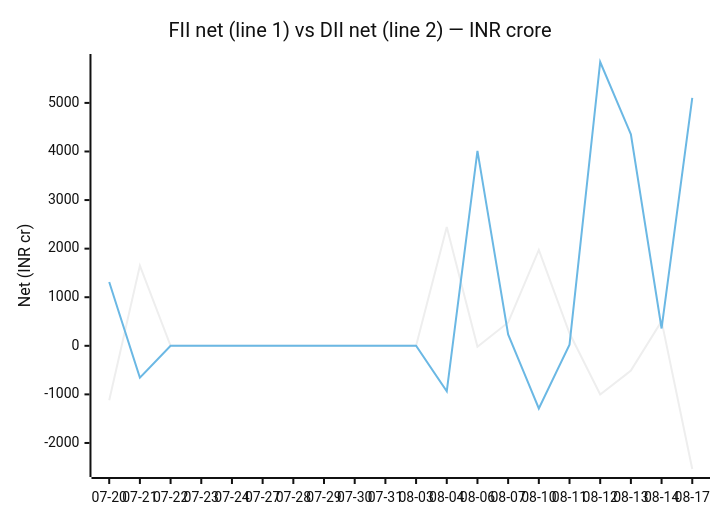
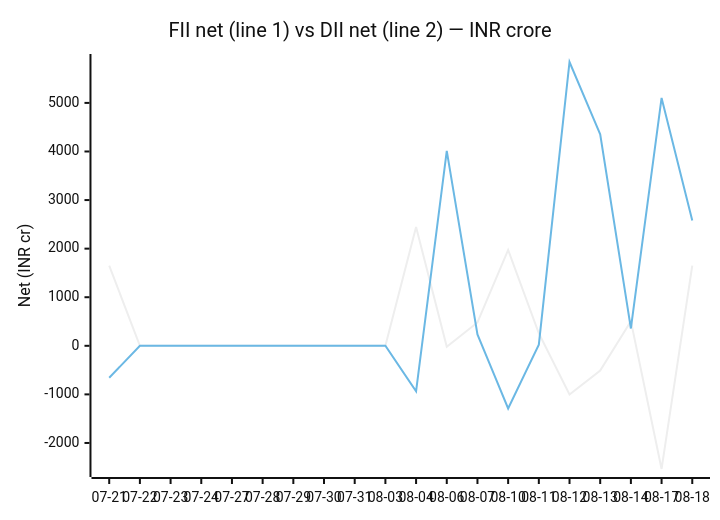
The second of 2 diagrams in README.md (chirag127/fii-dii-activity-api), drawn with Mermaid (neutral theme) before and after one commit. The commit also changed 2 other files, not shown here.

Commit message:
data: scrape 2026-08-19

````diff
--- a/README.md
+++ b/README.md
@@ -53,8 +53,8 @@
 ```mermaid
 xychart-beta
     title "FII net (line 1) vs DII net (line 2) — INR crore"
-    x-axis ["07-20", "07-21", "07-22", "07-23", "07-24", "07-27", "07-28", "07-29", "07-30", "07-31", "08-03", "08-04", "08-06", "08-07", "08-10", "08-11", "08-12", "08-13", "08-14", "08-17"]
+    x-axis ["07-21", "07-22", "07-23", "07-24", "07-27", "07-28", "07-29", "07-30", "07-31", "08-03", "08-04", "08-06", "08-07", "08-10", "08-11", "08-12", "08-13", "08-14", "08-17", "08-18"]
     y-axis "Net (INR cr)" -2536 --> 5842
-    line [-1121.04, 1650.16, 0, 0, 0, 0, 0, 0, 0, 0, 0, 2446.47, -17.86, 480.24, 1974.76, 258.55, -1002.5, -510.69, 508.12, -2535.1]
-    line [1312.03, -656.88, 0, 0, 0, 0, 0, 0, 0, 0, 0, -936.14, 4013.6, 235.56, -1290.29, 24.77, 5841.66, 4353.09, 356.4, 5101.46]
+    line [1650.16, 0, 0, 0, 0, 0, 0, 0, 0, 0, 2446.47, -17.86, 480.24, 1974.76, 258.55, -1002.5, -510.69, 508.12, -2535.1, 1651.53]
+    line [-656.88, 0, 0, 0, 0, 0, 0, 0, 0, 0, -936.14, 4013.6, 235.56, -1290.29, 24.77, 5841.66, 4353.09, 356.4, 5101.46, 2579.31]
 ```
````
